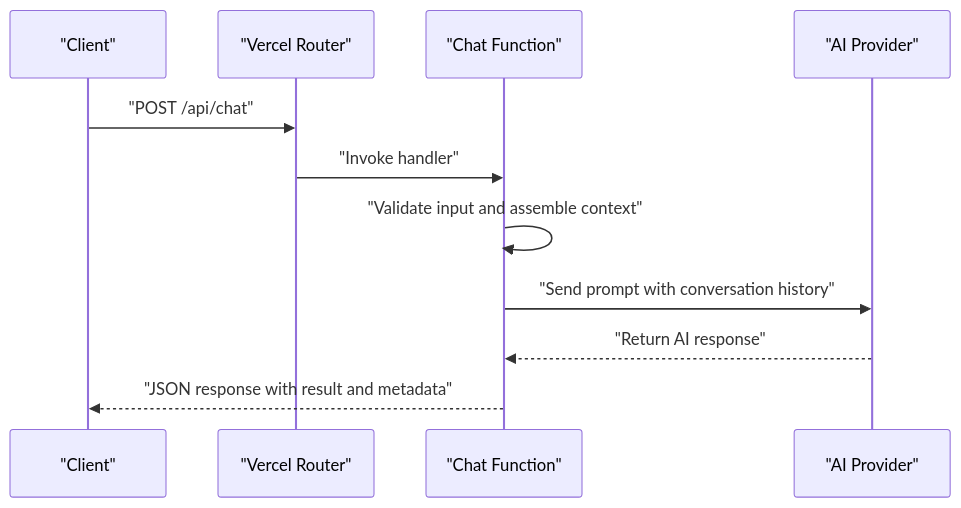
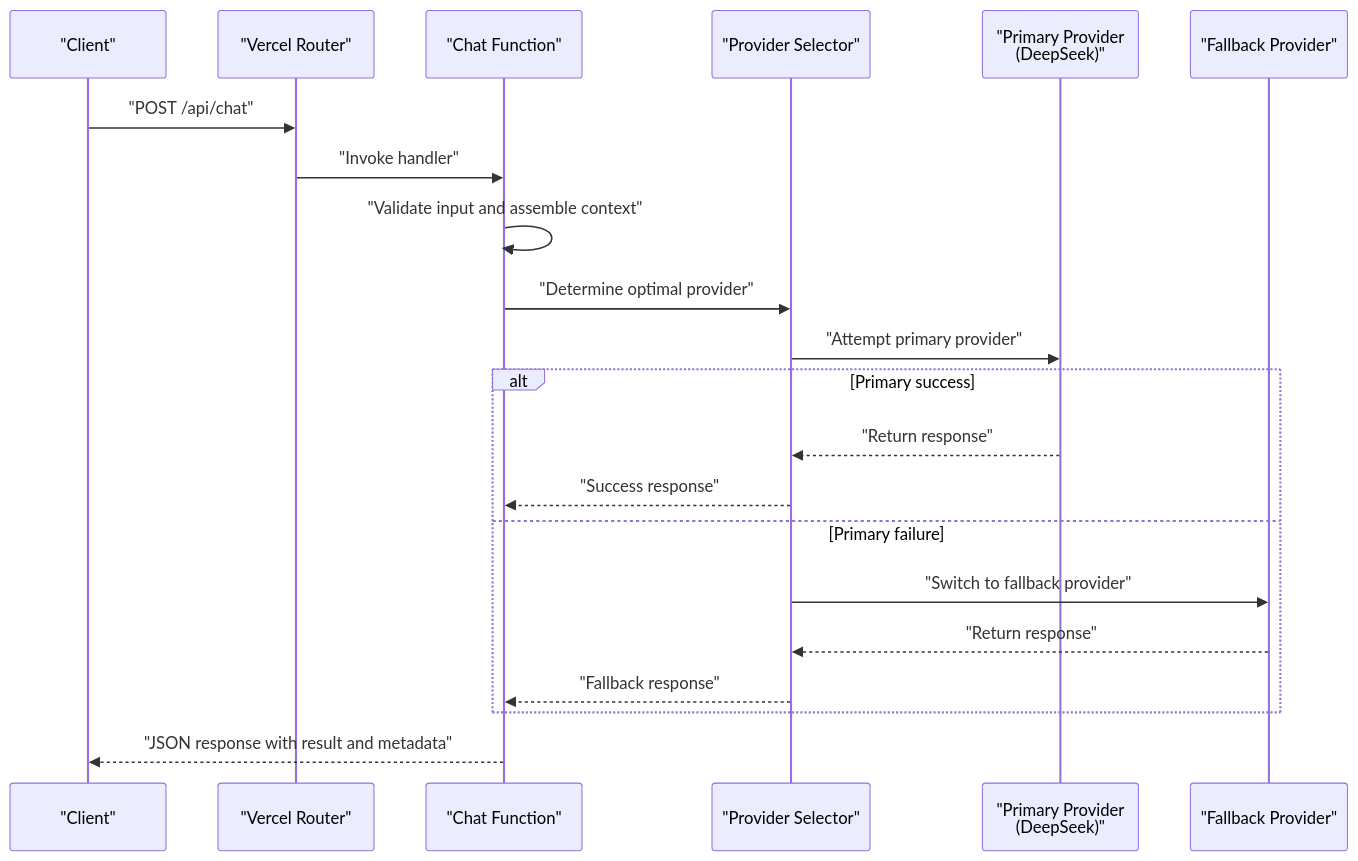
The second of 7 diagrams in .qoder/repowiki/en/content/API Reference/Chat API.md (zmyeo54/briefroom), drawn with Mermaid before and after one commit. The commit also changed other lines of this file and 42 other files, not shown here.

````diff
--- a/.qoder/repowiki/en/content/API Reference/Chat API.md
+++ b/.qoder/repowiki/en/content/API Reference/Chat API.md
@@ -69,13 +83,23 @@
 ```mermaid
 sequenceDiagram
 participant C as "Client"
 participant V as "Vercel Router"
 participant F as "Chat Function"
-participant A as "AI Provider"
+participant PS as "Provider Selector"
+participant P1 as "Primary Provider<br/>(DeepSeek)"
+participant P2 as "Fallback Provider"
 C->>V : "POST /api/chat"
 V->>F : "Invoke handler"
 F->>F : "Validate input and assemble context"
-F->>A : "Send prompt with conversation history"
-A-->>F : "Return AI response"
+F->>PS : "Determine optimal provider"
+PS->>P1 : "Attempt primary provider"
+alt Primary success
+P1-->>PS : "Return response"
+PS-->>F : "Success response"
+else Primary failure
+PS->>P2 : "Switch to fallback provider"
+P2-->>PS : "Return response"
+PS-->>F : "Fallback response"
+end
 F-->>C : "JSON response with result and metadata"
 ```
````
